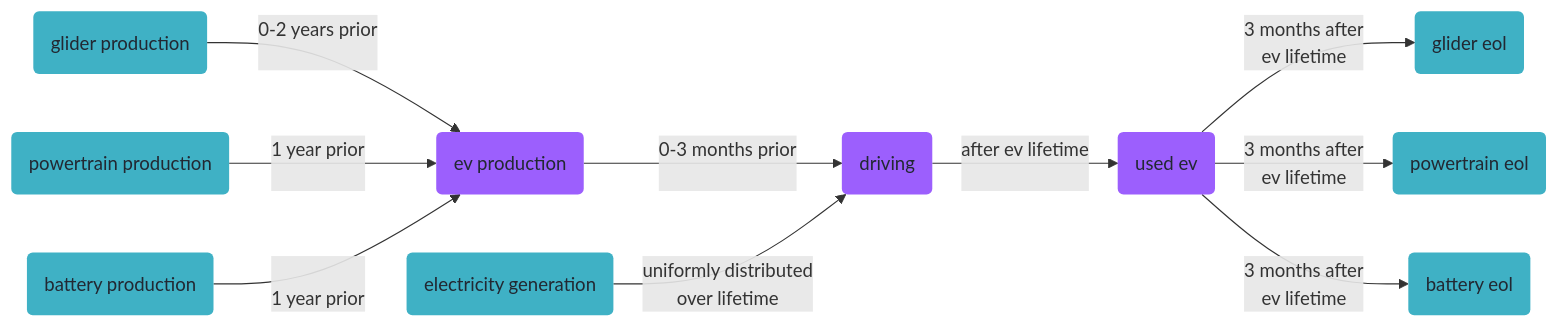
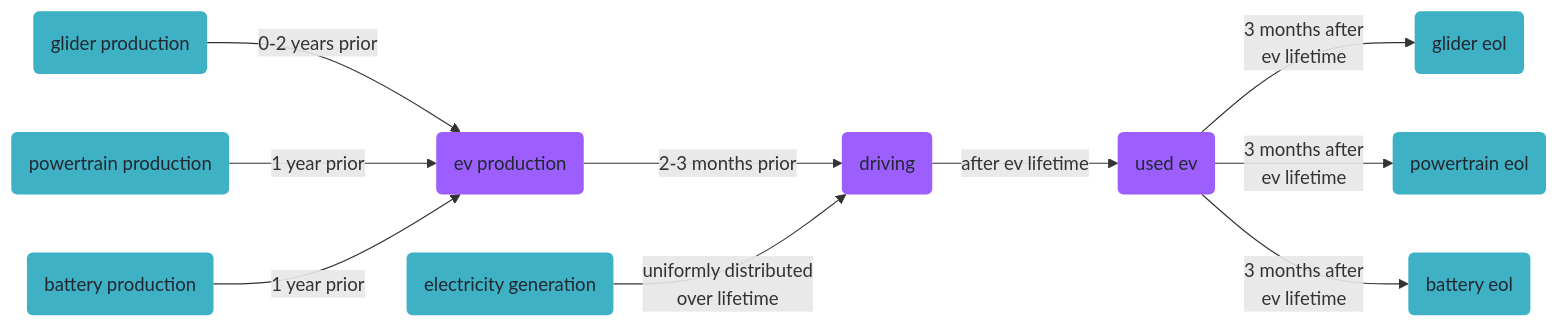
One commit to brightway-lca/bw_timex changed the second of 2 diagrams in docs/content/examples/example_electric_vehicle_premise.md. Above: the diagram before and after it, drawn with Mermaid. The commit also changed other lines of this file and 17 other files, not shown here.

````diff
--- a/docs/content/examples/example_electric_vehicle_premise.md
+++ b/docs/content/examples/example_electric_vehicle_premise.md
@@ -226,15 +224,15 @@
 ```mermaid
 flowchart LR
-    glider_production(glider production):::ei-->|"0-2 years prior \n &nbsp;"|ev_production
-    powertrain_production(powertrain production):::ei-->|"1 year prior \n &nbsp;"|ev_production
-    battery_production(battery production):::ei-->|"&nbsp; \n 1 year prior"|ev_production
-    ev_production(ev production):::fg-->|"0-3 months prior \n &nbsp;"|driving
-    electricity_generation(electricity generation):::ei-->|uniformly distributed \n over lifetime|driving
-    driving(driving):::fg-->|"after ev lifetime \n &nbsp;"|used_ev
-    used_ev(used ev):::fg-->|3 months after \n ev lifetime|glider_eol(glider eol):::ei
-    used_ev-->|3 months after \n ev lifetime|powertrain_eol(powertrain eol):::ei
-    used_ev-->|3 months after \n ev lifetime|battery_eol(battery eol):::ei
+    glider_production(glider production):::ei-->|0-2 years prior|ev_production
+    powertrain_production(powertrain production):::ei-->|1 year prior|ev_production
+    battery_production(battery production):::ei-->|1 year prior|ev_production
+    ev_production(ev production):::fg-->|2-3 months prior|driving
+    electricity_generation(electricity generation):::ei-->|uniformly distributed <br/> over lifetime|driving
+    driving(driving):::fg-->|after ev lifetime|used_ev
+    used_ev(used ev):::fg-->|3 months after <br/> ev lifetime|glider_eol(glider eol):::ei
+    used_ev-->|3 months after <br/> ev lifetime|powertrain_eol(powertrain eol):::ei
+    used_ev-->|3 months after <br/> ev lifetime|battery_eol(battery eol):::ei
 
     classDef ei color:#222832, fill:#3fb1c5, stroke:none;
     classDef fg color:#222832, fill:#9c5ffd, stroke:none;
 ```
````
